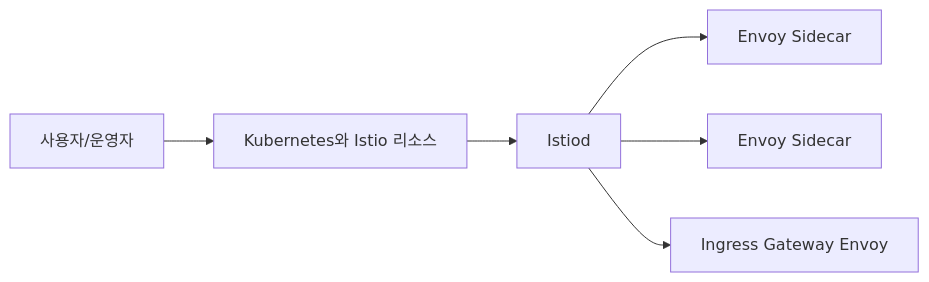
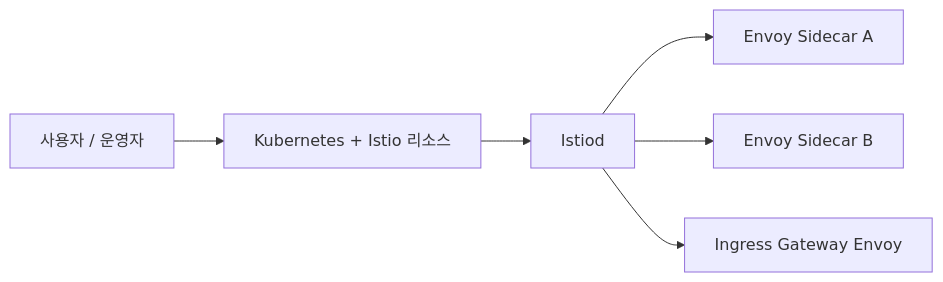
Before and after one commit to rlaehdwn0105/istio-study: the third of 8 diagrams in posts/week1-istio-intro.md, drawn with Mermaid. The commit also changed other lines of this file, not shown here.

Commit message:
Expand week1 note with more diagrams and detail

````diff
--- a/posts/week1-istio-intro.md
+++ b/posts/week1-istio-intro.md
@@ -98,8 +144,8 @@
 ```mermaid
 flowchart LR
-    Dev[사용자/운영자] --> K8s[Kubernetes와 Istio 리소스]
+    Dev[사용자 / 운영자] --> K8s[Kubernetes + Istio 리소스]
     K8s --> Istiod[Istiod]
-    Istiod --> P1[Envoy Sidecar]
-    Istiod --> P2[Envoy Sidecar]
+    Istiod --> S1[Envoy Sidecar A]
+    Istiod --> S2[Envoy Sidecar B]
     Istiod --> GW[Ingress Gateway Envoy]
 ```
````
